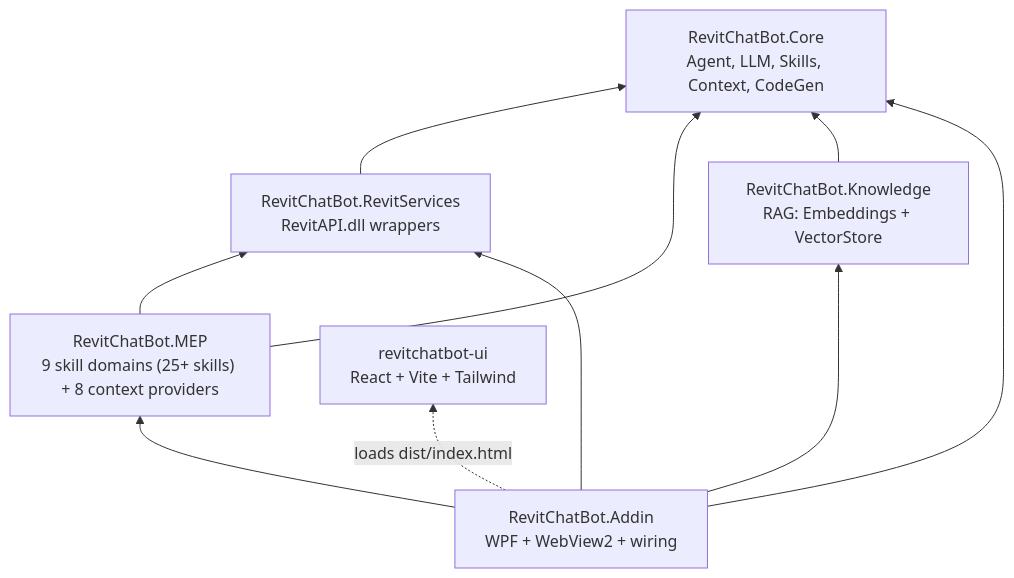
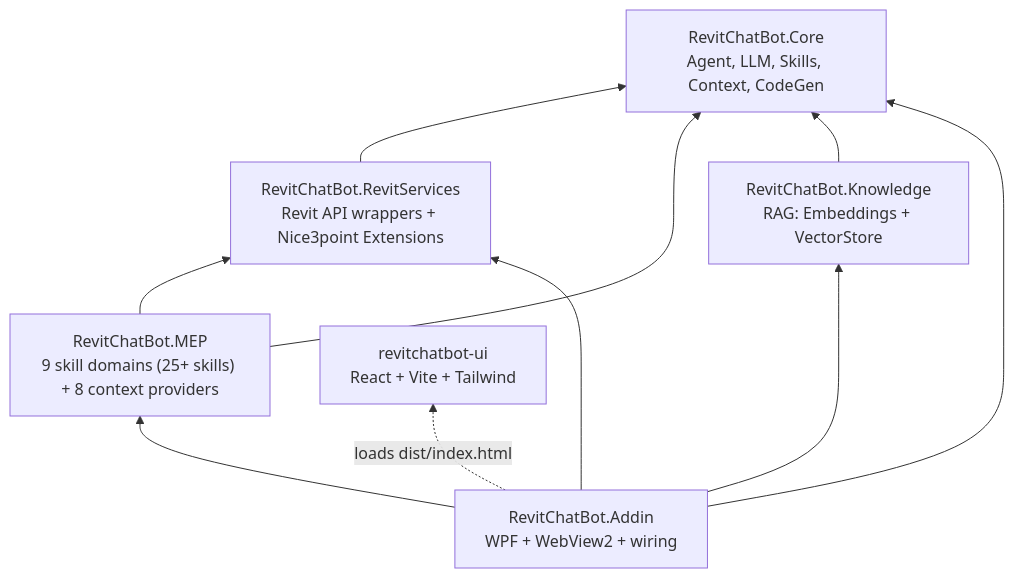
One commit to HuyDamDCMvn/RevitChatBot changed the eighth of 13 diagrams in README.md. Above: the diagram before and after it, drawn with Mermaid. The commit also changed other lines of this file and 34 other files, not shown here.

First line of the commit message:
feat: integrate Nice3point Revit libraries for modern API patterns

````diff
--- a/README.md
+++ b/README.md
@@ -406,19 +406,19 @@
 ```mermaid
 graph BT
     Core["RevitChatBot.Core<br/>Agent, LLM, Skills, Context, CodeGen"]
-    Services["RevitChatBot.RevitServices<br/>RevitAPI.dll wrappers"]
+    Services["RevitChatBot.RevitServices<br/>Revit API wrappers + Nice3point Extensions"]
     MEP["RevitChatBot.MEP<br/>9 skill domains (25+ skills) + 8 context providers"]
     Knowledge["RevitChatBot.Knowledge<br/>RAG: Embeddings + VectorStore"]
     Addin["RevitChatBot.Addin<br/>WPF + WebView2 + wiring"]
     UI["revitchatbot-ui<br/>React + Vite + Tailwind"]
 
     Services --> Core
     MEP --> Core
     MEP --> Services
     Knowledge --> Core
     Addin --> Core
     Addin --> Services
     Addin --> MEP
     Addin --> Knowledge
     Addin -.->|"loads dist/index.html"| UI
 ```
````
